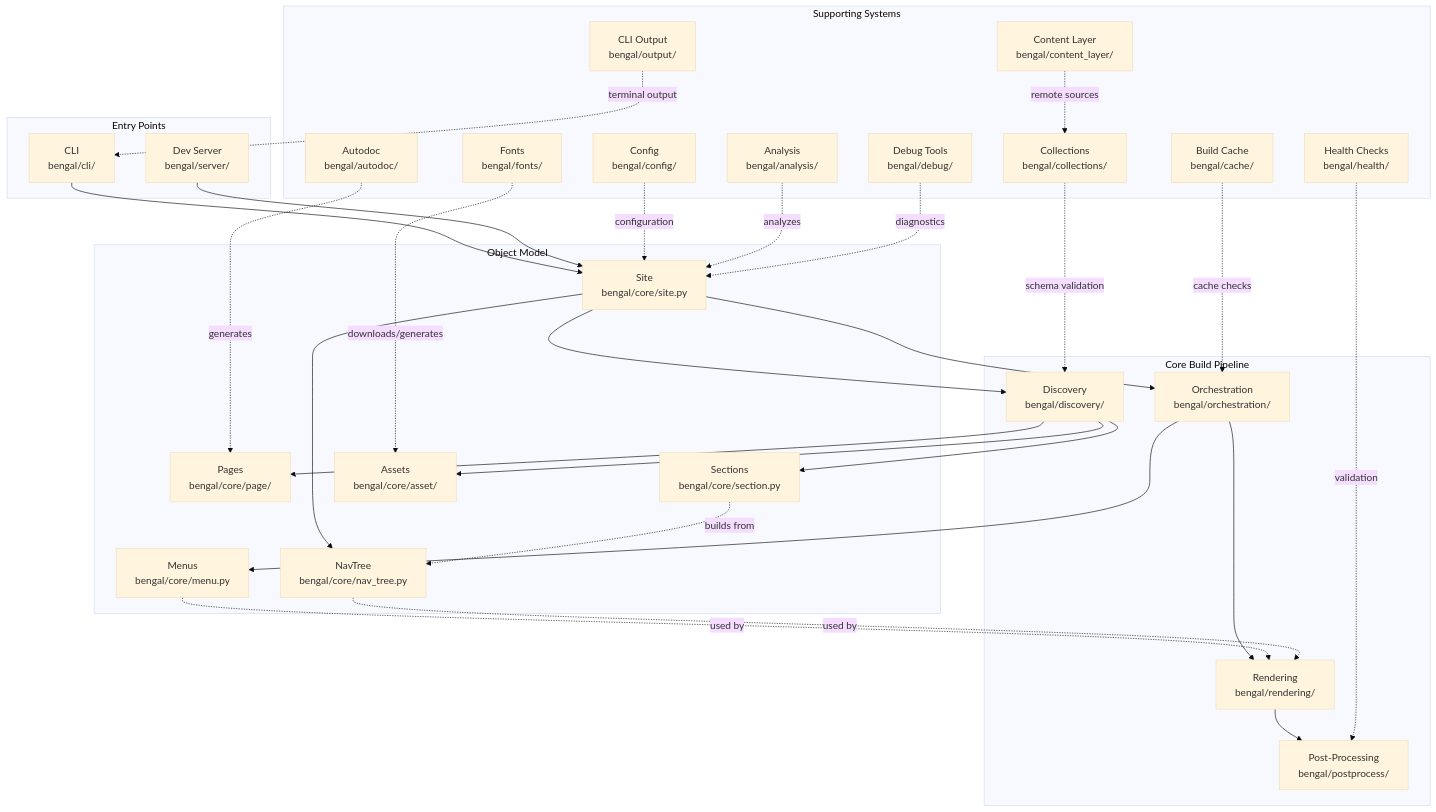
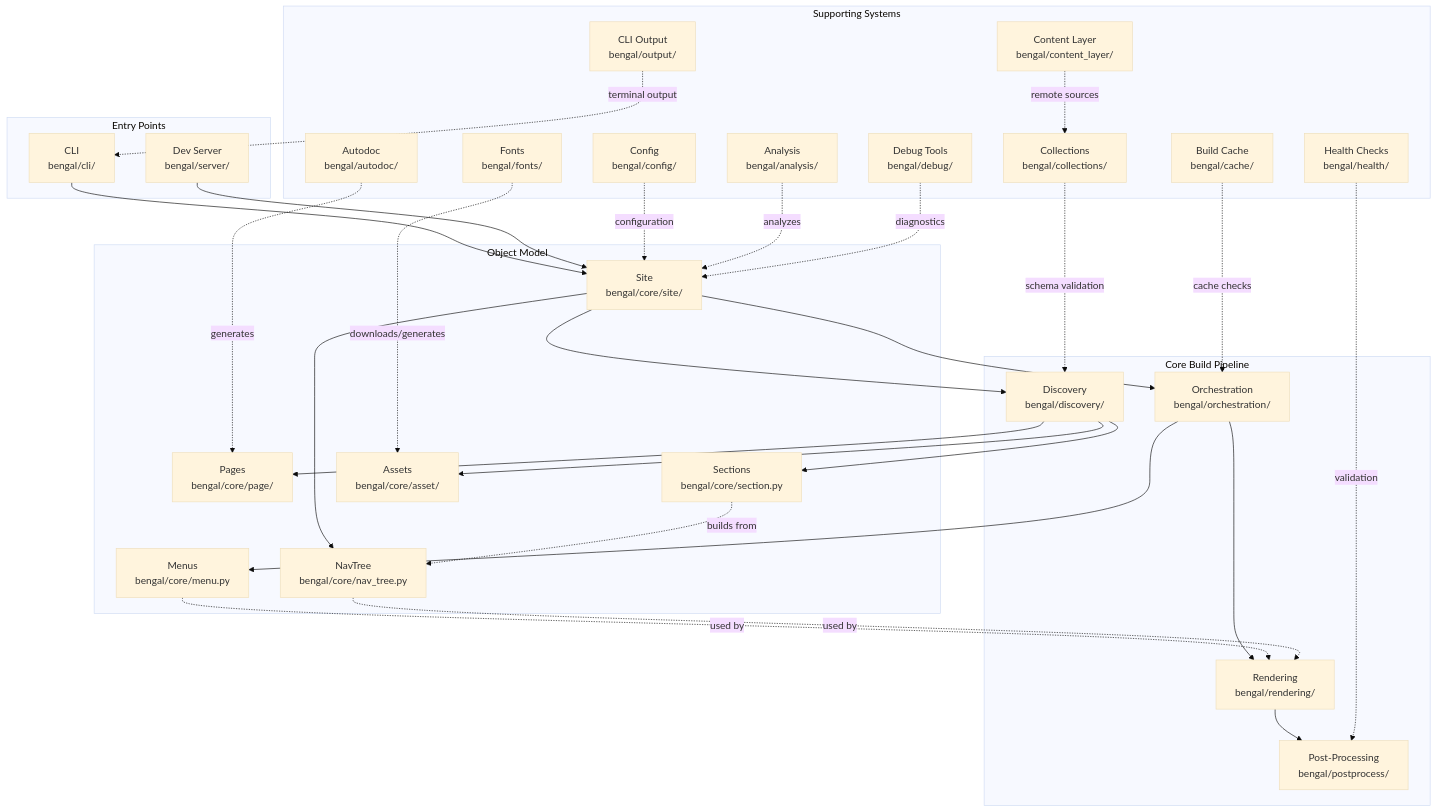
Before and after one commit to lbliii/bengal: the diagram in site/content/docs/reference/architecture/_index.md, drawn with Mermaid (base theme). The commit also changed other lines of this file and 9 other files, not shown here.

Commit message:
docs(architecture): tighten pages for progressive disclosure; remove version-chatter and low-signal metrics

````diff
--- a/site/content/docs/reference/architecture/_index.md
+++ b/site/content/docs/reference/architecture/_index.md
@@ -36,61 +42,61 @@
 ```mermaid
 graph TB
     subgraph "Entry Points"
         CLI[CLI<br/>bengal/cli/]
         Server[Dev Server<br/>bengal/server/]
     end
 
     subgraph "Core Build Pipeline"
         Discovery[Discovery<br/>bengal/discovery/]
         Orchestration[Orchestration<br/>bengal/orchestration/]
         Rendering[Rendering<br/>bengal/rendering/]
         PostProcess[Post-Processing<br/>bengal/postprocess/]
     end
 
     subgraph "Object Model"
-        Site[Site<br/>bengal/core/site.py]
+        Site[Site<br/>bengal/core/site/]
         Pages[Pages<br/>bengal/core/page/]
         Sections[Sections<br/>bengal/core/section.py]
         Assets[Assets<br/>bengal/core/asset/]
         Menus[Menus<br/>bengal/core/menu.py]
         NavTree[NavTree<br/>bengal/core/nav_tree.py]
     end
 
     subgraph "Supporting Systems"
         Cache[Build Cache<br/>bengal/cache/]
         Health[Health Checks<br/>bengal/health/]
         Autodoc[Autodoc<br/>bengal/autodoc/]
         Config[Config<br/>bengal/config/]
         Analysis[Analysis<br/>bengal/analysis/]
         Fonts[Fonts<br/>bengal/fonts/]
         Collections[Collections<br/>bengal/collections/]
         ContentLayer[Content Layer<br/>bengal/content_layer/]
         Output[CLI Output<br/>bengal/output/]
         Debug[Debug Tools<br/>bengal/debug/]
     end
 
     CLI --> Site
     Server --> Site
     Site --> Discovery
     Discovery --> Pages
     Discovery --> Sections
     Discovery --> Assets
     Site --> Orchestration
     Orchestration --> Menus
     Orchestration --> Rendering
     Site --> NavTree
     Sections -.->|"builds from"| NavTree
     Menus -.->|"used by"| Rendering
     NavTree -.->|"used by"| Rendering
     Rendering --> PostProcess
     Cache -.->|"cache checks"| Orchestration
     Health -.->|"validation"| PostProcess
     Autodoc -.->|"generates"| Pages
     Config -.->|"configuration"| Site
     Analysis -.->|"analyzes"| Site
     Fonts -.->|"downloads/generates"| Assets
     Collections -.->|"schema validation"| Discovery
     ContentLayer -.->|"remote sources"| Collections
     Output -.->|"terminal output"| CLI
     Debug -.->|"diagnostics"| Site
 ```
````
